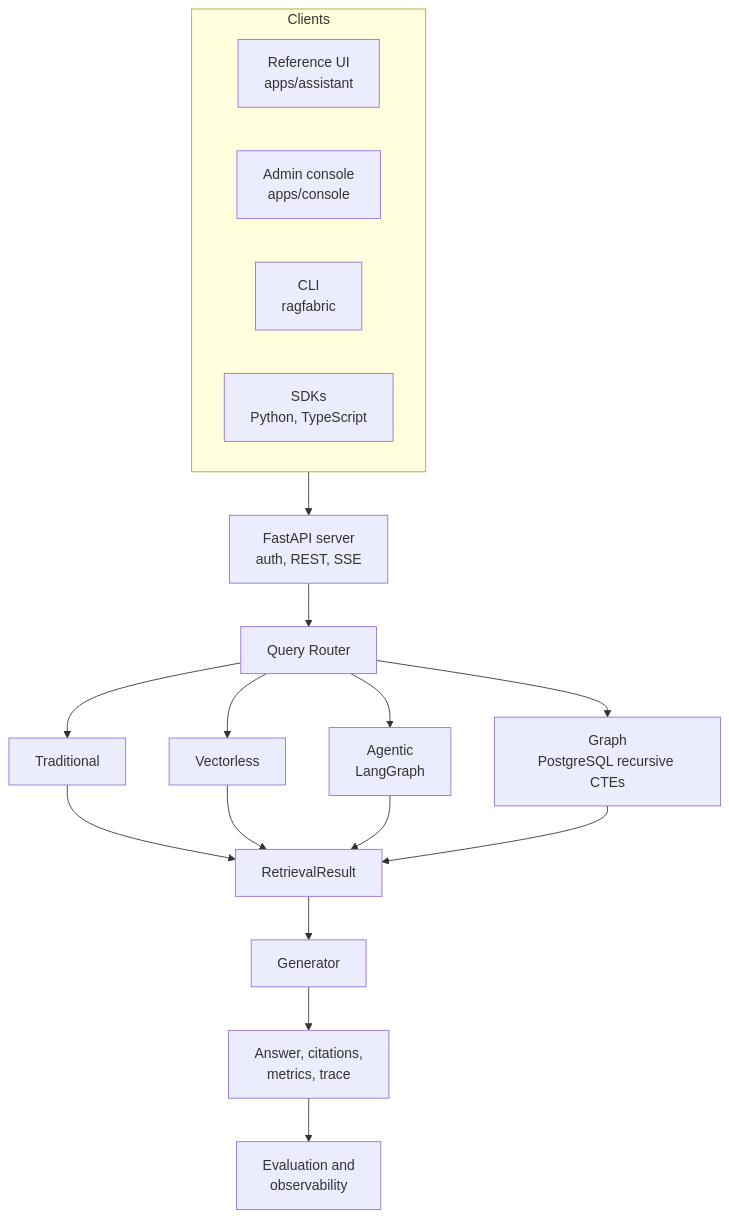
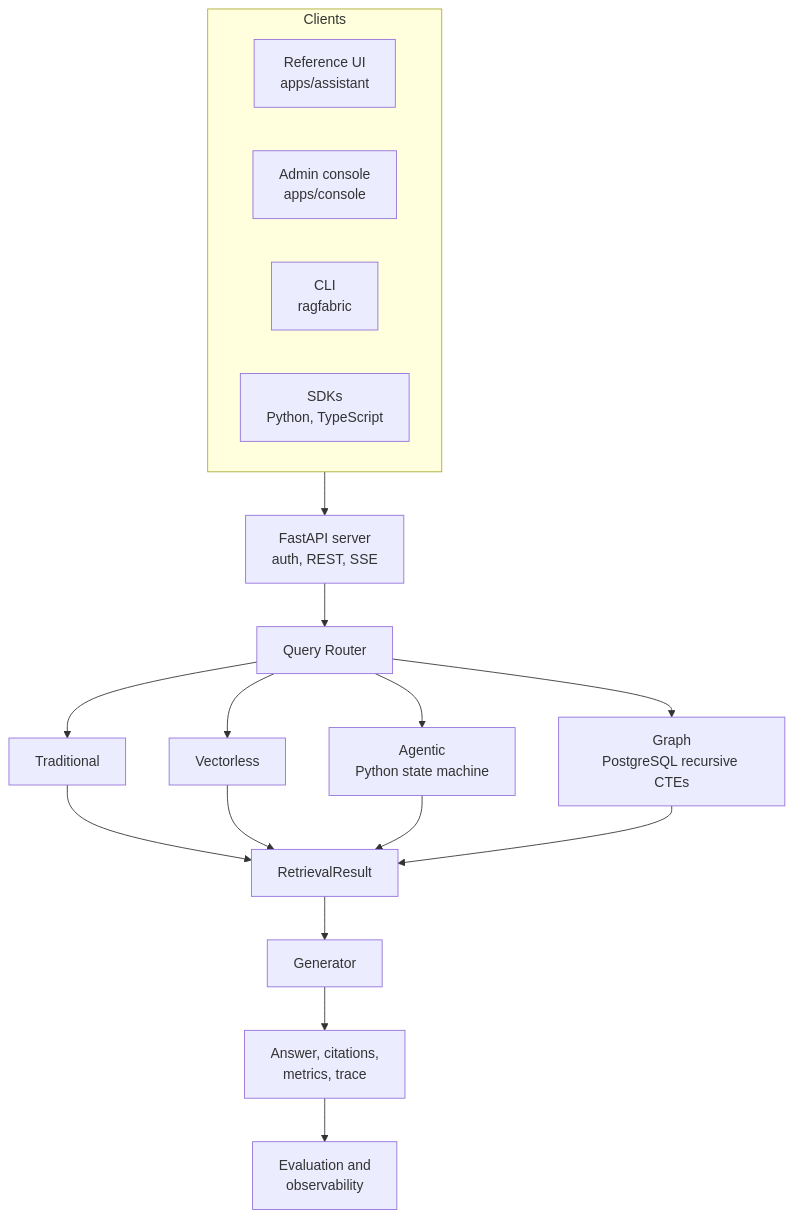
One commit to ranjan-del/ragfabric changed the diagram in README.md. Above: the diagram before and after it, drawn with Mermaid. The commit also changed other lines of this file and 1 other file, not shown here.

Commit message:
docs: remove the stale LangGraph claims and document graph answer confidence

````diff
--- a/README.md
+++ b/README.md
@@ -187,19 +188,19 @@
 ```mermaid
 flowchart TD
     subgraph Clients
         UI[Reference UI<br/>apps/assistant]
         CON[Admin console<br/>apps/console]
         CLI[CLI<br/>ragfabric]
         SDK[SDKs<br/>Python, TypeScript]
     end
     Clients --> API[FastAPI server<br/>auth, REST, SSE]
     API --> R[Query Router]
     R --> T[Traditional]
     R --> V[Vectorless]
-    R --> A[Agentic<br/>LangGraph]
+    R --> A[Agentic<br/>Python state machine]
     R --> G[Graph<br/>PostgreSQL recursive CTEs]
     T & V & A & G --> RR[RetrievalResult]
     RR --> GEN[Generator]
     GEN --> OUT[Answer, citations,<br/>metrics, trace]
     OUT --> EVAL[Evaluation and<br/>observability]
 ```
````
